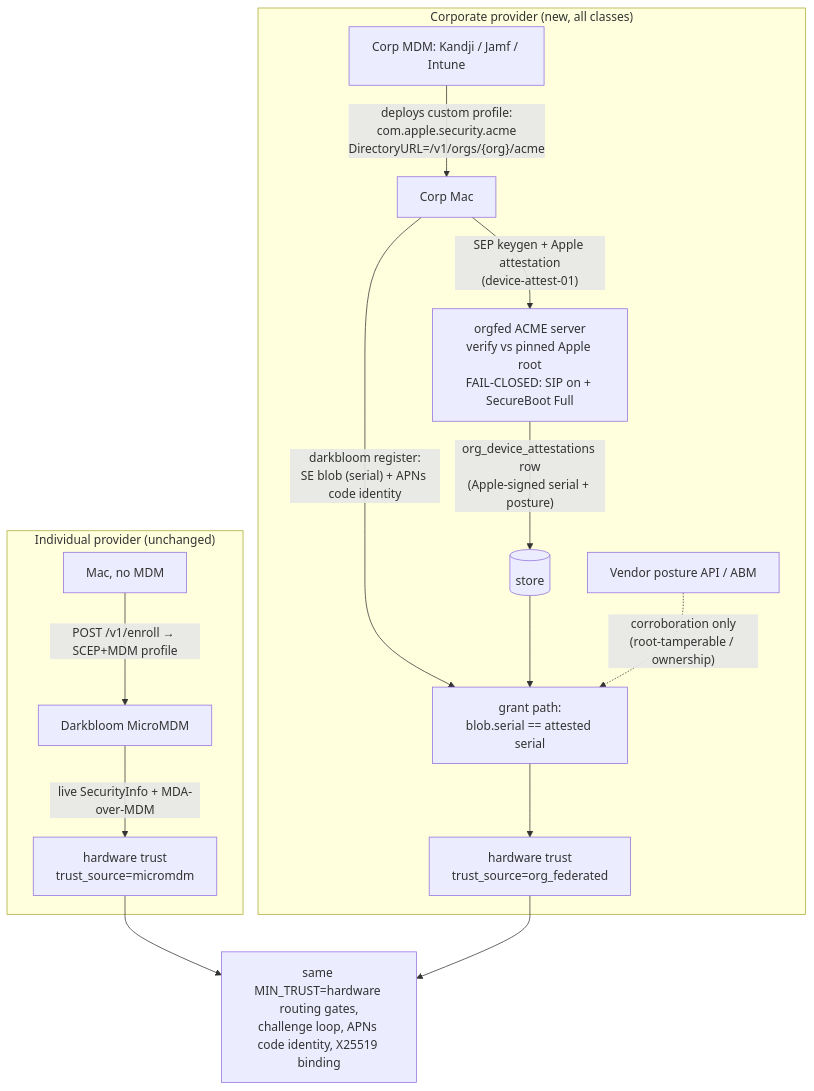
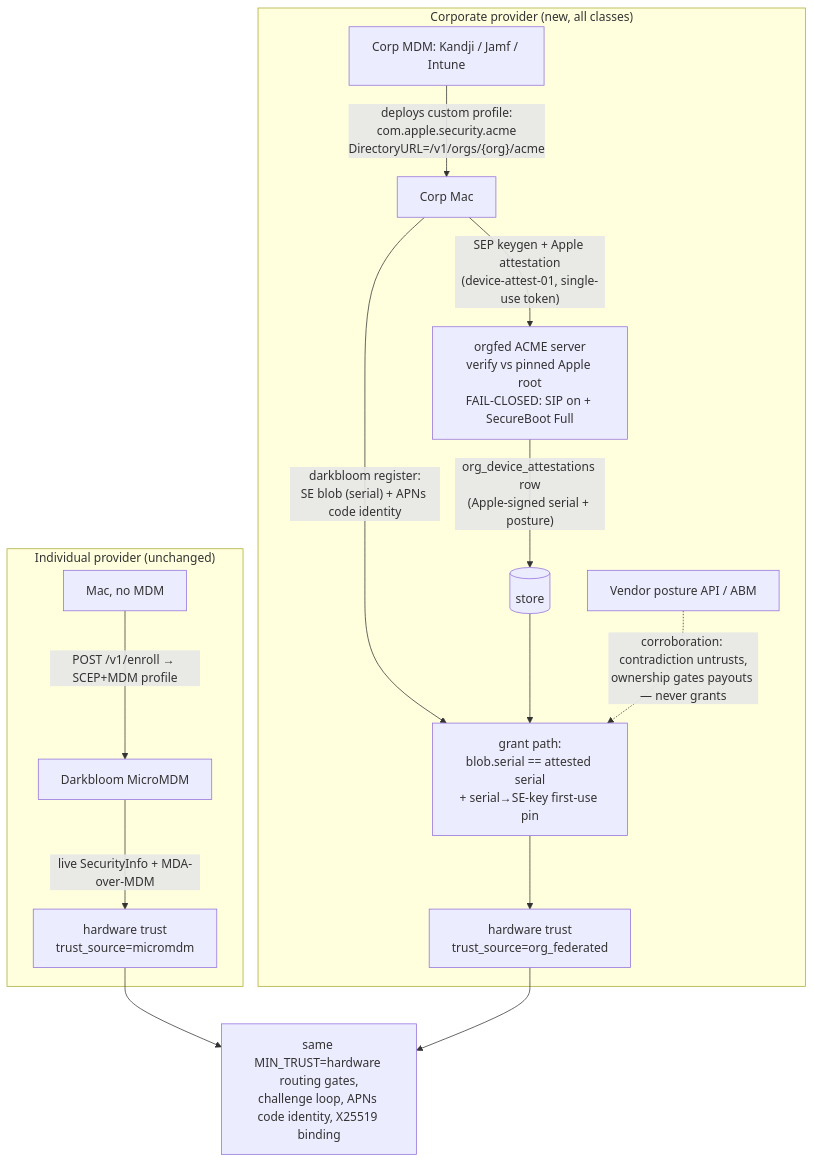
One commit to Layr-Labs/d-inference changed the diagram in docs/architecture/decisions/corporate-mdm-federated-attestation.md. Above: the diagram before and after it, drawn with Mermaid. The commit also changed other lines of this file, not shown here.

````diff
--- a/docs/architecture/decisions/corporate-mdm-federated-attestation.md
+++ b/docs/architecture/decisions/corporate-mdm-federated-attestation.md
@@ -85,18 +91,18 @@
 ```mermaid
 flowchart TD
   subgraph Individual["Individual provider (unchanged)"]
     I1[Mac, no MDM] -->|"POST /v1/enroll → SCEP+MDM profile"| I2[Darkbloom MicroMDM]
     I2 -->|"live SecurityInfo + MDA-over-MDM"| I3["hardware trust<br/>trust_source=micromdm"]
   end
   subgraph Corporate["Corporate provider (new, all classes)"]
     C0[Corp MDM: Kandji / Jamf / Intune] -->|"deploys custom profile:<br/>com.apple.security.acme<br/>DirectoryURL=/v1/orgs/{org}/acme"| C1[Corp Mac]
-    C1 -->|"SEP keygen + Apple attestation<br/>(device-attest-01)"| C2["orgfed ACME server<br/>verify vs pinned Apple root<br/>FAIL-CLOSED: SIP on + SecureBoot Full"]
+    C1 -->|"SEP keygen + Apple attestation<br/>(device-attest-01, single-use token)"| C2["orgfed ACME server<br/>verify vs pinned Apple root<br/>FAIL-CLOSED: SIP on + SecureBoot Full"]
     C2 -->|"org_device_attestations row<br/>(Apple-signed serial + posture)"| C3[(store)]
-    C1 -->|"darkbloom register:<br/>SE blob (serial) + APNs code identity"| C4["grant path:<br/>blob.serial == attested serial"]
+    C1 -->|"darkbloom register:<br/>SE blob (serial) + APNs code identity"| C4["grant path:<br/>blob.serial == attested serial<br/>+ serial→SE-key first-use pin"]
     C3 --> C4
-    V[Vendor posture API / ABM] -.->|"corroboration only<br/>(root-tamperable / ownership)"| C4
+    V[Vendor posture API / ABM] -.->|"corroboration: contradiction untrusts,<br/>ownership gates payouts — never grants"| C4
     C4 --> C5["hardware trust<br/>trust_source=org_federated"]
   end
   I3 --> G["same MIN_TRUST=hardware routing gates,<br/>challenge loop, APNs code identity, X25519 binding"]
   C5 --> G
 ```
````
